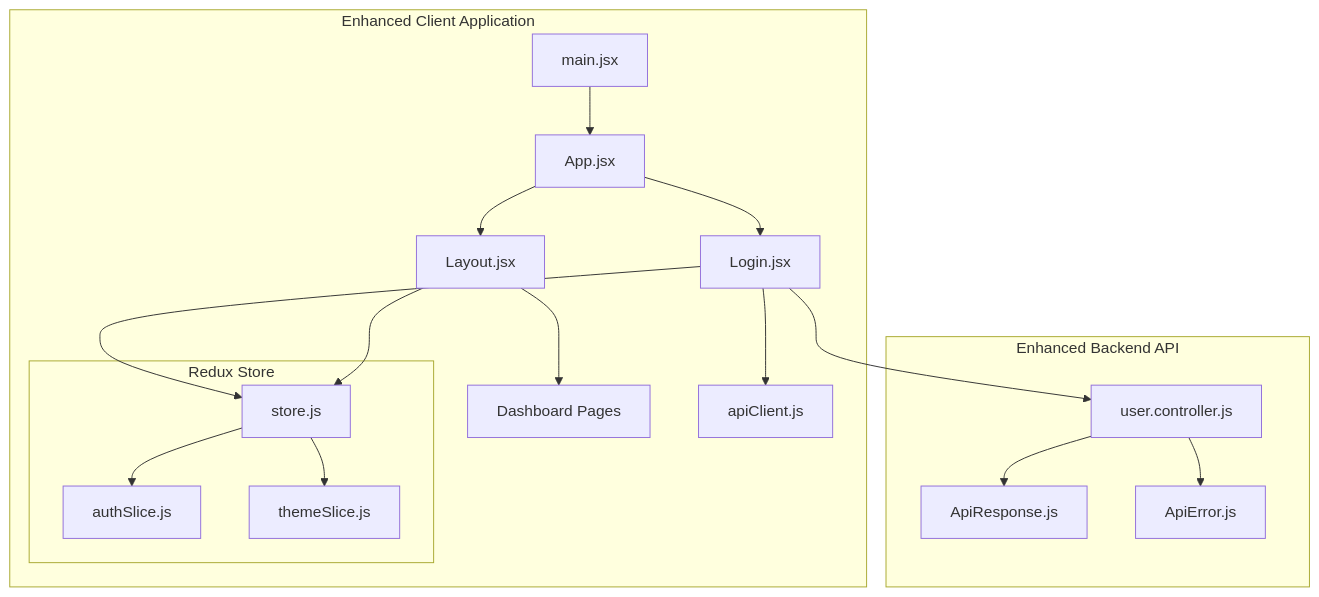
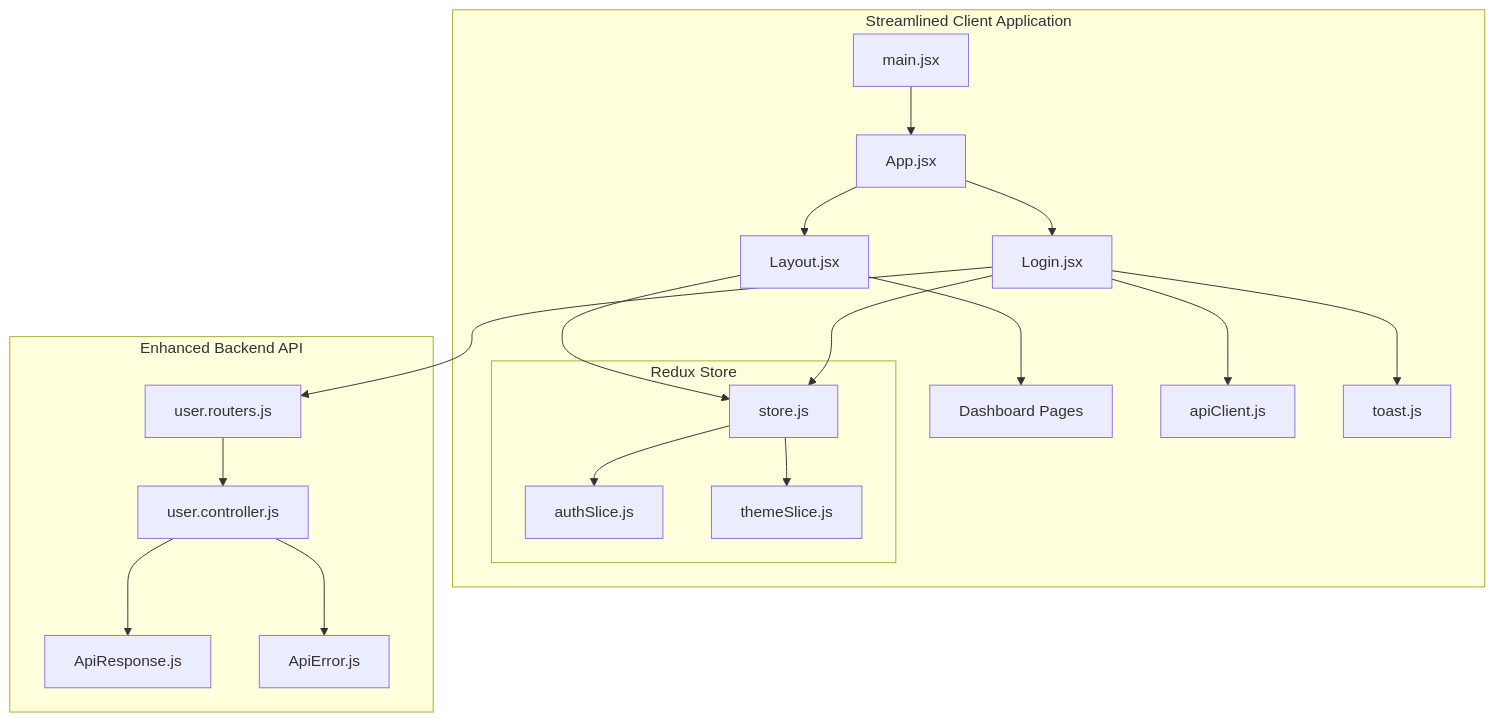
Before and after one commit to Aryan9060/Timetable-Project: the first of 13 diagrams in .qoder/repowiki/en/content/Authentication & Authorization/Login Page Implementation.md, drawn with Mermaid. The commit also changed other lines of this file and 7 other files, not shown here.

````diff
--- a/.qoder/repowiki/en/content/Authentication & Authorization/Login Page Implementation.md
+++ b/.qoder/repowiki/en/content/Authentication & Authorization/Login Page Implementation.md
@@ -51,21 +49,23 @@
 ```mermaid
 graph TB
-subgraph "Enhanced Client Application"
+subgraph "Streamlined Client Application"
 A[main.jsx] --> B[App.jsx]
 B --> C[Login.jsx]
 B --> D[Layout.jsx]
 D --> E[Dashboard Pages]
 subgraph "Redux Store"
 F[store.js] --> G[authSlice.js]
 F --> H[themeSlice.js]
 end
 C --> F
 C --> I[apiClient.js]
+C --> J[toast.js]
 D --> F
 end
 subgraph "Enhanced Backend API"
-J[user.controller.js] --> K[ApiResponse.js]
-J --> L[ApiError.js]
+K[user.controller.js] --> L[ApiResponse.js]
+K --> M[ApiError.js]
+N[user.routers.js] --> K
 end
-C --> J
+C --> N
 ```
````
